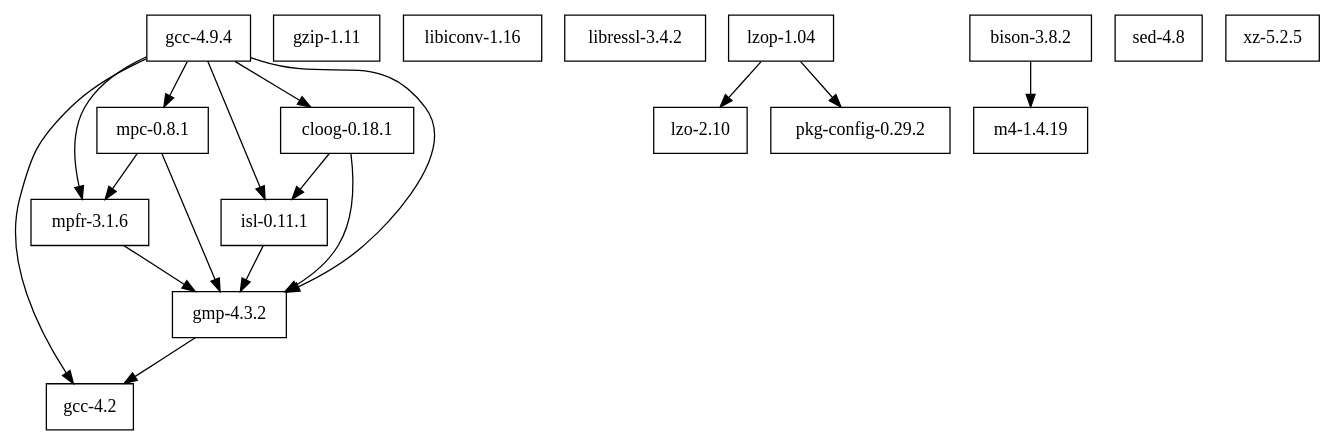
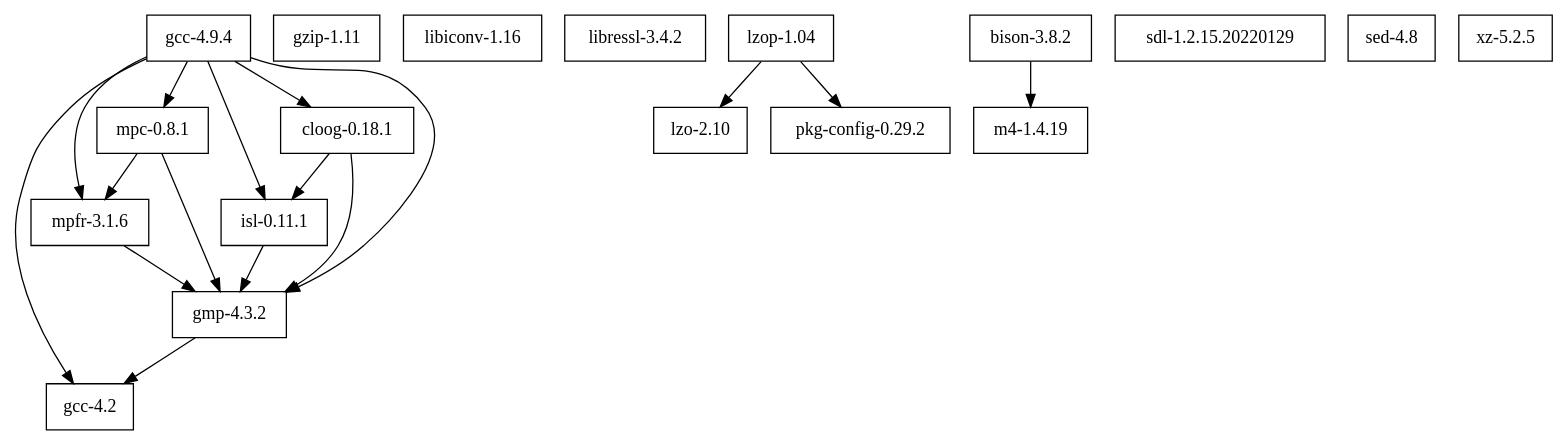
One commit to cellularmitosis/leopard.sh changed the diagram in tigersh/deps/dependencies.dot. Above: the diagram before and after it, drawn with Graphviz. The commit also changed 22 other files, not shown here.

```diff
--- a/tigersh/deps/dependencies.dot
+++ b/tigersh/deps/dependencies.dot
@@ -1,35 +1,36 @@
 digraph mygraph {
 node [shape=box];
 
 "gcc-4.2"
 "gzip-1.11"
 "libiconv-1.16"
 "libressl-3.4.2"
 "lzo-2.10"
 "m4-1.4.19"
 "pkg-config-0.29.2"
+"sdl-1.2.15.20220129"
 "sed-4.8"
 "xz-5.2.5"
 
 "bison-3.8.2" -> "m4-1.4.19"
 "gmp-4.3.2" -> "gcc-4.2"
 "lzop-1.04" -> "pkg-config-0.29.2"
 "lzop-1.04" -> "lzo-2.10"
 
 "mpfr-3.1.6" -> "gmp-4.3.2"
 "isl-0.11.1" -> "gmp-4.3.2"
 
 "mpc-0.8.1" -> "gmp-4.3.2"
 "mpc-0.8.1" -> "mpfr-3.1.6"
 
 "cloog-0.18.1" -> "gmp-4.3.2"
 "cloog-0.18.1" -> "isl-0.11.1"
 
 "gcc-4.9.4" -> "gcc-4.2"
 "gcc-4.9.4" -> "gmp-4.3.2"
 "gcc-4.9.4" -> "mpfr-3.1.6"
 "gcc-4.9.4" -> "mpc-0.8.1"
 "gcc-4.9.4" -> "isl-0.11.1"
 "gcc-4.9.4" -> "cloog-0.18.1"
 
 }
```
